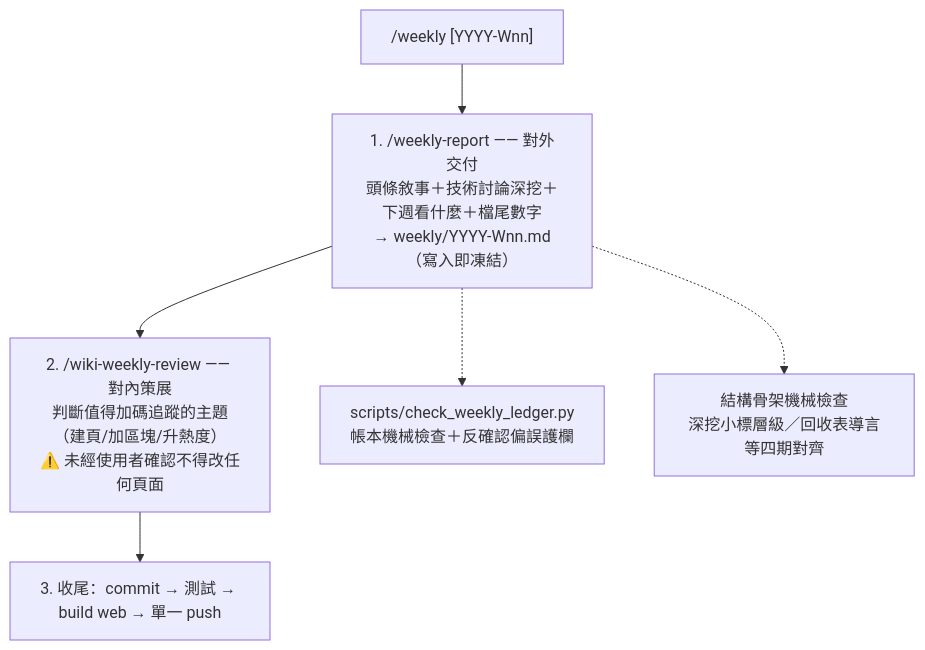
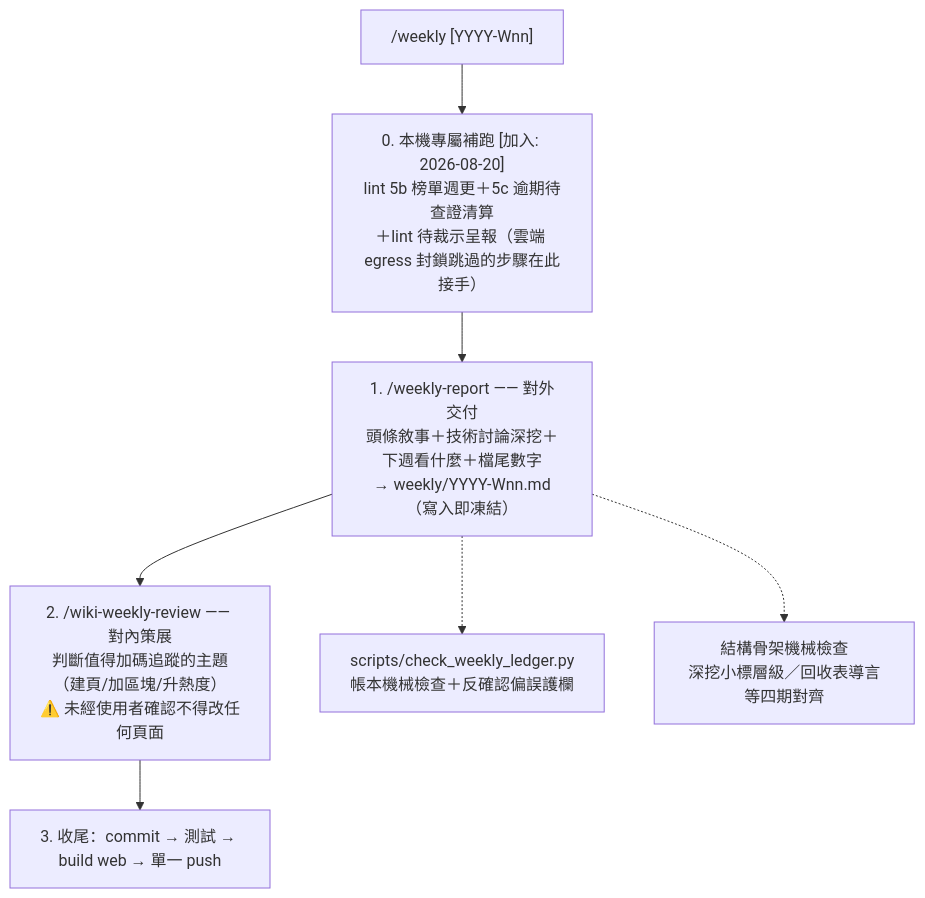
The sixth of 9 diagrams in src/DesignDocument/Design Diagram.md (mandy82477/claude-news), drawn with Mermaid before and after one commit. The commit also changed other lines of this file and 2 other files, not shown here.

First line of the commit message:
docs: 架構文件同步 web build gate 修復迴圈＋死鏈上 Actions＋/weekly 步驟 0

````diff
--- a/src/DesignDocument/Design Diagram.md
+++ b/src/DesignDocument/Design Diagram.md
@@ -201,11 +208,16 @@
 ```mermaid
 flowchart TD
-    W["/weekly [YYYY-Wnn]"] --> W1
+    W["/weekly [YYYY-Wnn]"] --> W0
+
+    W0["0. 本機專屬補跑 [加入: 2026-08-20]
+lint 5b 榜單週更＋5c 逾期待查證清算
+＋lint 待裁示呈報（雲端 egress 封鎖跳過的步驟在此接手）"]
+    W0 --> W1
 
     W1["1. /weekly-report —— 對外交付\n頭條敘事＋技術討論深挖＋下週看什麼＋檔尾數字\n→ weekly/YYYY-Wnn.md（寫入即凍結）"]
     W1 --> W2["2. /wiki-weekly-review —— 對內策展\n判斷值得加碼追蹤的主題（建頁/加區塊/升熱度）\n⚠️ 未經使用者確認不得改任何頁面"]
     W2 --> W3["3. 收尾：commit → 測試 → build web → 單一 push"]
 
     W1 -.-> LEDGER["scripts/check_weekly_ledger.py\n帳本機械檢查＋反確認偏誤護欄"]
     W1 -.-> FMT["結構骨架機械檢查\n深挖小標層級／回收表導言等四期對齊"]
 ```
````
